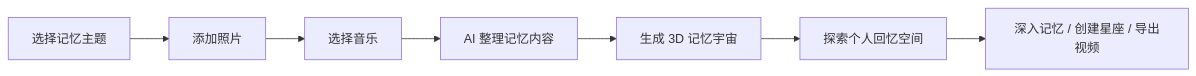
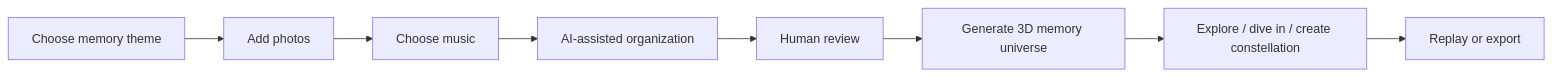
The first of 2 diagrams in README.md (3555489035ppx-wq/memory-universe), drawn with Mermaid before and after one commit. The commit also changed other lines of this file and 11 other files, not shown here.

First line of the commit message:
Portfolio packaging: simplify Memory Universe repository presentation (#1)

````diff
--- a/README.md
+++ b/README.md
@@ -48,9 +58,10 @@
 ```mermaid
 flowchart LR
-  A[选择记忆主题] --> B[添加照片]
-  B --> C[选择音乐]
-  C --> D[AI 整理记忆内容]
-  D --> E[生成 3D 记忆宇宙]
-  E --> F[探索个人回忆空间]
-  F --> G[深入记忆 / 创建星座 / 导出视频]
+  A[Choose memory theme] --> B[Add photos]
+  B --> C[Choose music]
+  C --> D[AI-assisted organization]
+  D --> E[Human review]
+  E --> F[Generate 3D memory universe]
+  F --> G[Explore / dive in / create constellation]
+  G --> H[Replay or export]
 ```
````
